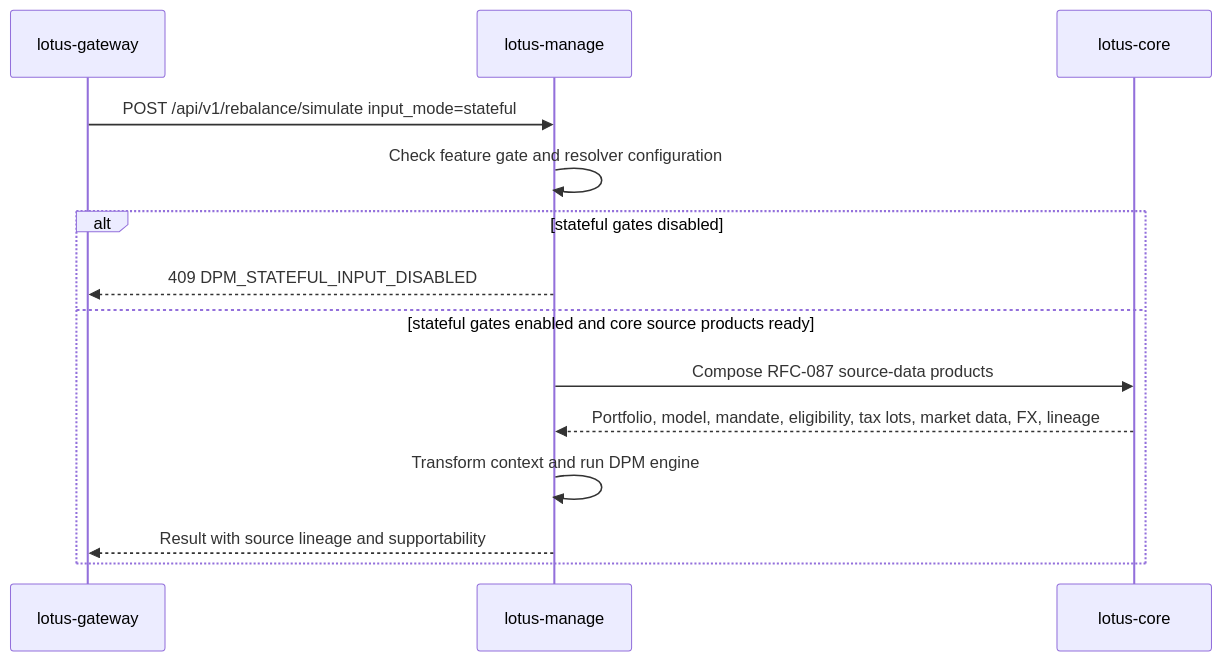
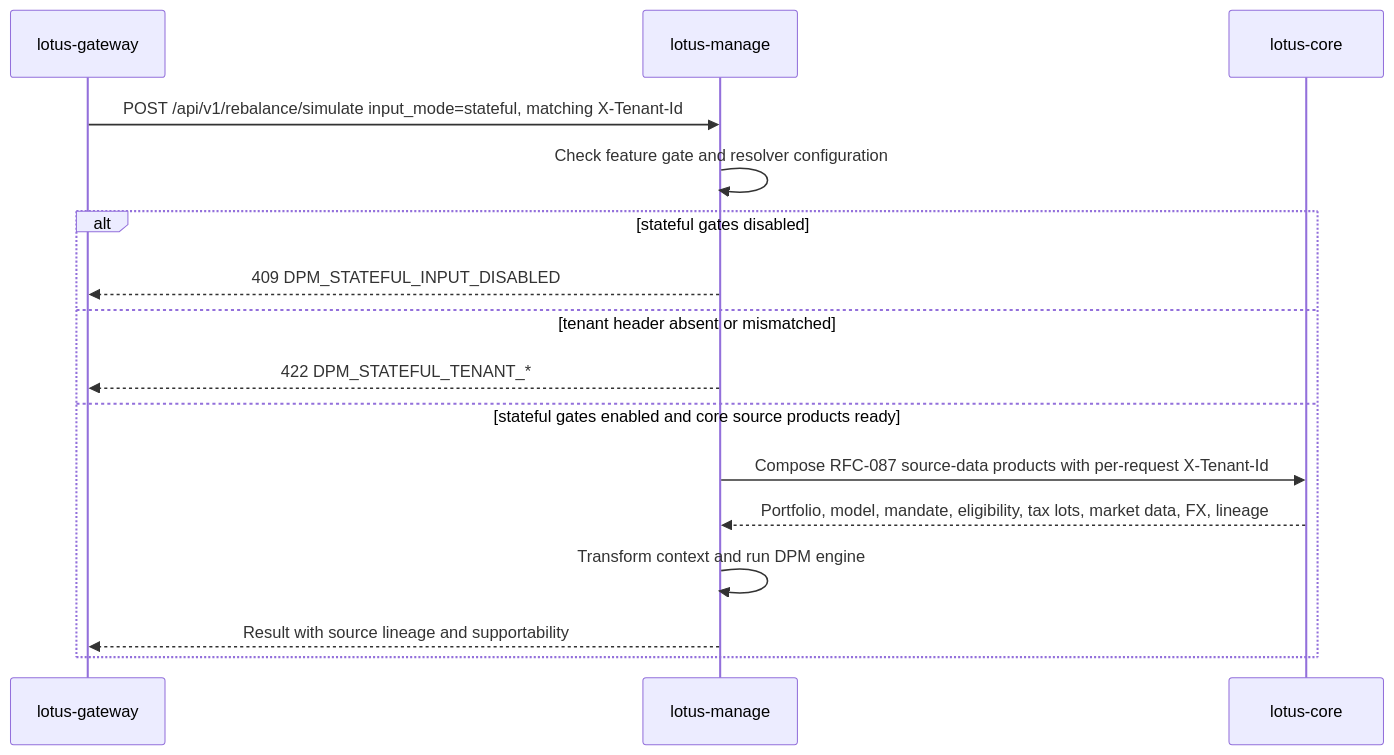
Before and after one commit to sgajbi/lotus-manage: the first of 5 diagrams in wiki/Integrations.md, drawn with Mermaid. The commit also changed other lines of this file and 30 other files, not shown here.

Commit message:
fix(dpm): admit tenant before Core source resolution

````diff
--- a/wiki/Integrations.md
+++ b/wiki/Integrations.md
@@ -50,16 +50,18 @@
 ```mermaid
 sequenceDiagram
     participant Gateway as lotus-gateway
     participant Manage as lotus-manage
     participant Core as lotus-core
-    Gateway->>Manage: POST /api/v1/rebalance/simulate input_mode=stateful
+    Gateway->>Manage: POST /api/v1/rebalance/simulate input_mode=stateful, matching X-Tenant-Id
     Manage->>Manage: Check feature gate and resolver configuration
     alt stateful gates disabled
         Manage-->>Gateway: 409 DPM_STATEFUL_INPUT_DISABLED
+    else tenant header absent or mismatched
+        Manage-->>Gateway: 422 DPM_STATEFUL_TENANT_*
     else stateful gates enabled and core source products ready
-        Manage->>Core: Compose RFC-087 source-data products
+        Manage->>Core: Compose RFC-087 source-data products with per-request X-Tenant-Id
         Core-->>Manage: Portfolio, model, mandate, eligibility, tax lots, market data, FX, lineage
         Manage->>Manage: Transform context and run DPM engine
         Manage-->>Gateway: Result with source lineage and supportability
     end
 ```
````
